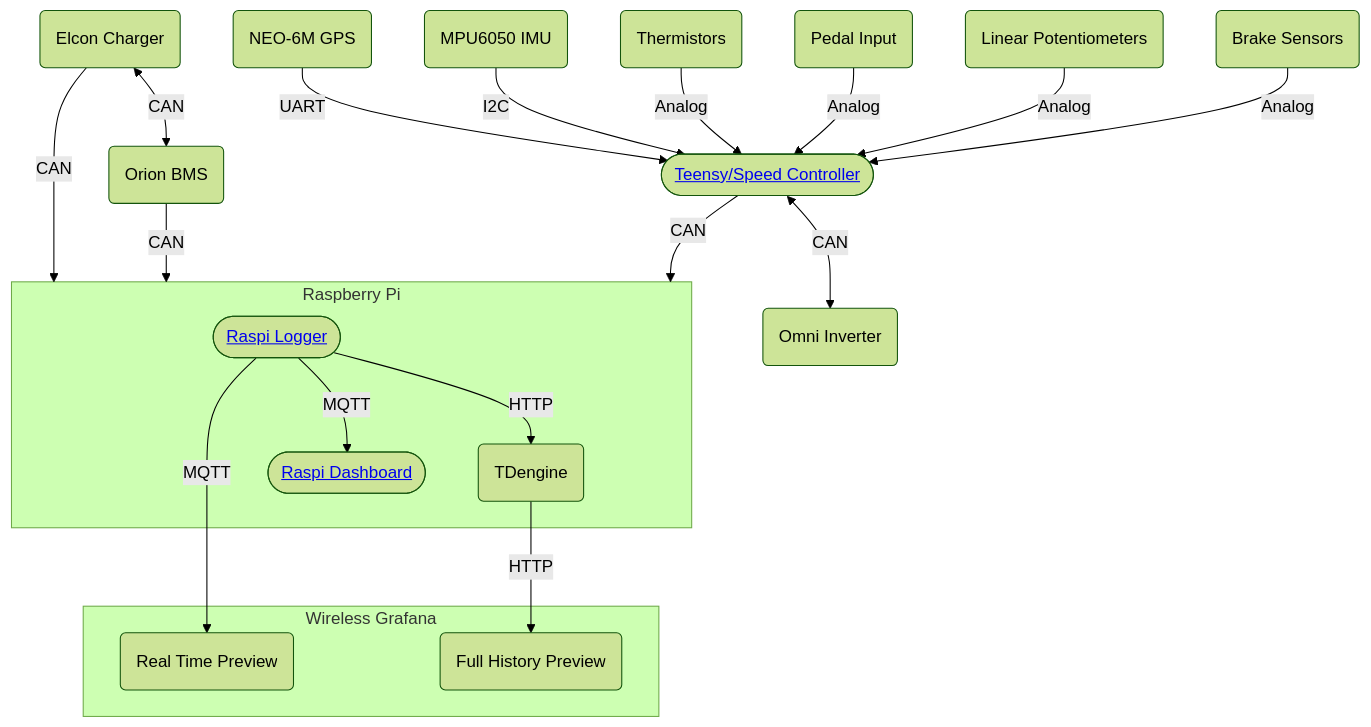
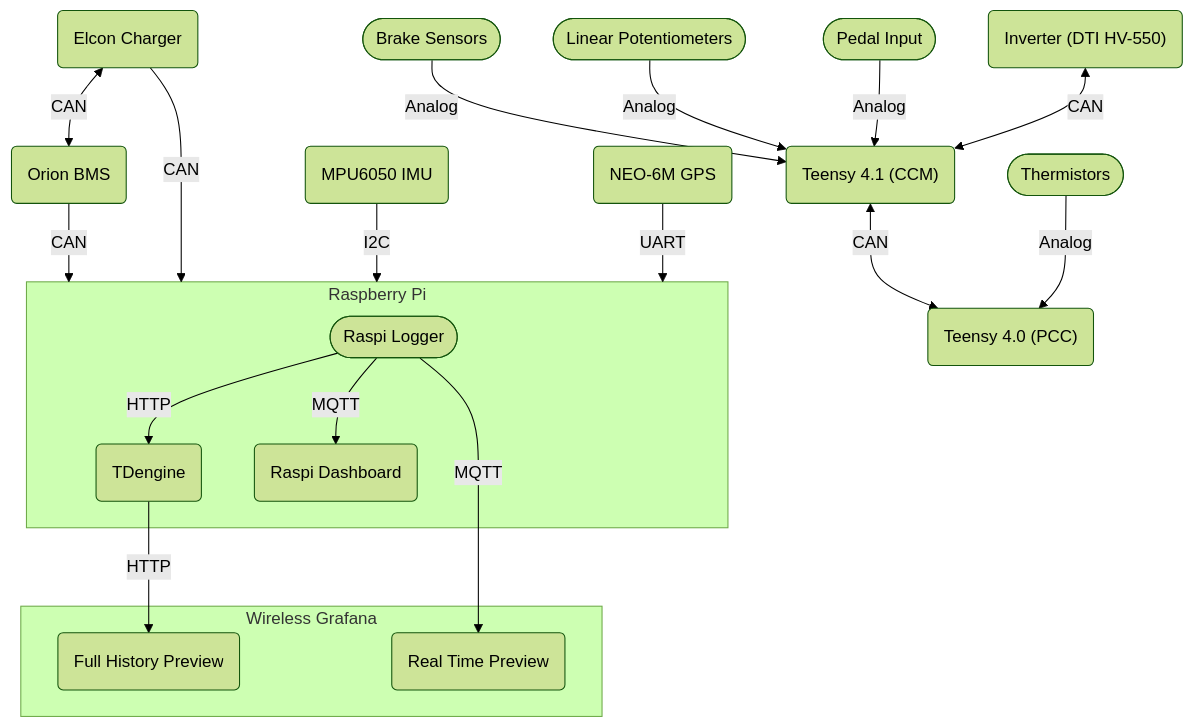
Before and after one commit to Anteater-Electric-Racing/embedded-mz: the diagram in README.md, drawn with Mermaid (forest theme).

Commit message:
Rearranged flowchart layout, split Teensy into CCM, PCC

````diff
--- a/README.md
+++ b/README.md
@@ -3,23 +3,26 @@
 ```mermaid
 flowchart TD
-    B(Brake Sensors) -->|Analog| SC(["<a href='https://github.com/AlistairKeiller/FSAE/tree/master/fsae-vehicle-fw' target='_blank'>Teensy/Speed Controller</a>"])
-    L(Linear Potentiometers) -->|Analog| SC
-    PI(Pedal Input) -->|Analog| SC
-    O(Orion BMS) -->|CAN| Pi
-    %% OI(Omni Inverter) -->|CAN| Pi
-    TH(Thermistors) --> |Analog| SC
-    SC(Teensy Omni Speed Controller) -->|CAN| Pi
-    IMU(MPU6050 IMU) -->|I2C| SC
-    GPS(NEO-6M GPS) -->|UART| SC
-    IMS(Elcon Charger) -->|CAN| Pi
-    IMS(Elcon Charger) <-->|CAN| O
-    SC(["<a href='https://github.com/AlistairKeiller/FSAE/tree/master/fsae-vehicle-fw' target='_blank'>Teensy/Speed Controller</a>"]) <-->|CAN| OI(Omni Inverter)
-    subgraph Pi[Raspberry Pi]
-        R(["<a href='https://github.com/AlistairKeiller/FSAE/tree/master/fsae-raspi' target='_blank'>Raspi Logger</a>"]) -->|HTTP| I(TDengine)
-        R -->|MQTT| D(["<a href='https://github.com/AlistairKeiller/FSAE/tree/master/fsae-dashboard' target='_blank'>Raspi Dashboard</a>"])
+    BMS(Orion BMS) -->|CAN| RASPI
+    IMS(Elcon Charger) <-->|CAN| BMS
+    IMS(Elcon Charger) -->|CAN| RASPI
+    IMU(MPU6050 IMU) -->|I2C| RASPI
+    GPS(NEO-6M GPS) -->|UART| RASPI
+
+    B([Brake Sensors]) -->|Analog| TS-CCM
+    L([Linear Potentiometers]) -->|Analog| TS-CCM
+    PDL([Pedal Input]) -->|Analog| TS-CCM
+    
+    TS-CCM("Teensy 4.1 (CCM)") <--> |CAN| TS-PCC("Teensy 4.0 (PCC)")
+    INV("Inverter (DTI HV-550)") <--> |CAN| TS-CCM
+
+    TH([Thermistors]) --> |Analog| TS-PCC
+    
+    subgraph RASPI[Raspberry Pi]
+        R(["Raspi Logger"]) -->|HTTP| I(TDengine)
+        R -->|MQTT| D("Raspi Dashboard")
     end
     subgraph Graphana[Wireless Grafana]
         I -->|HTTP| F(Full History Preview)
         R -->|MQTT| P(Real Time Preview)
     end
 ```
````
